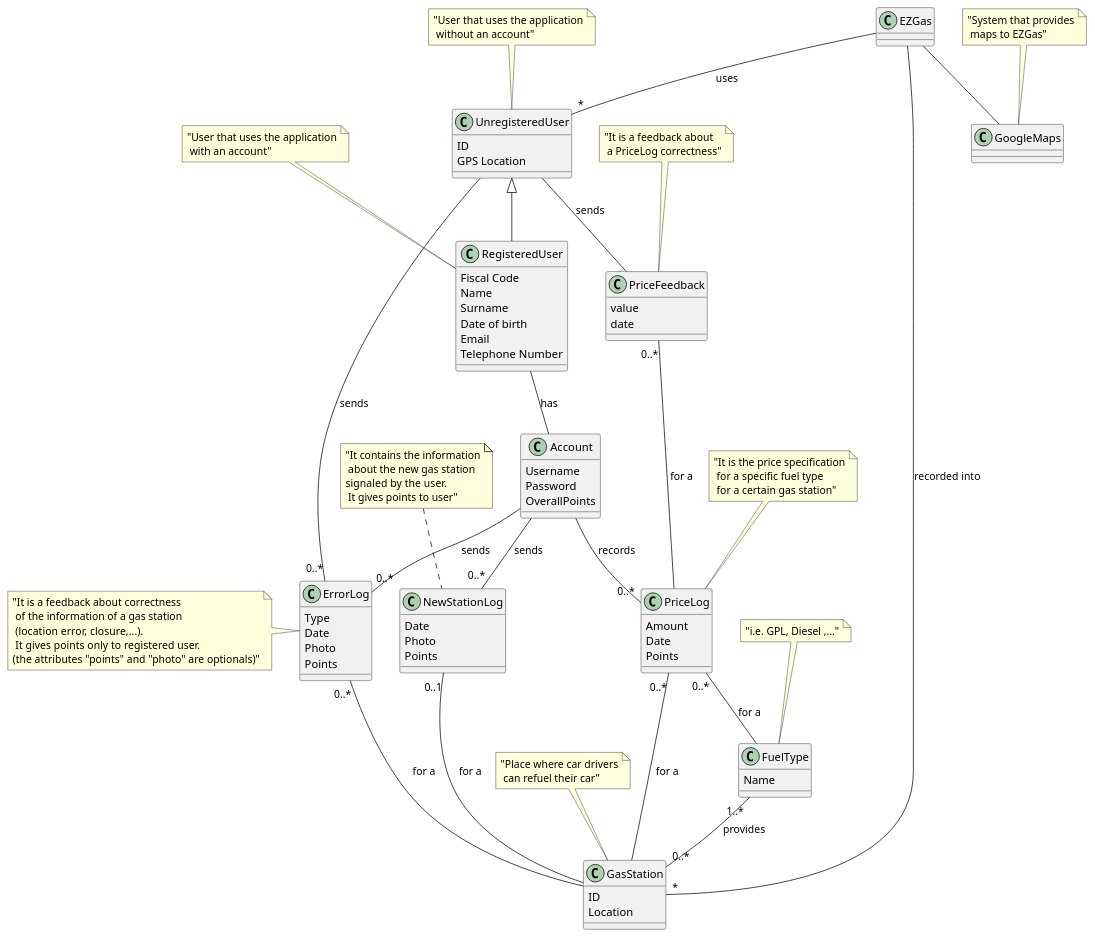
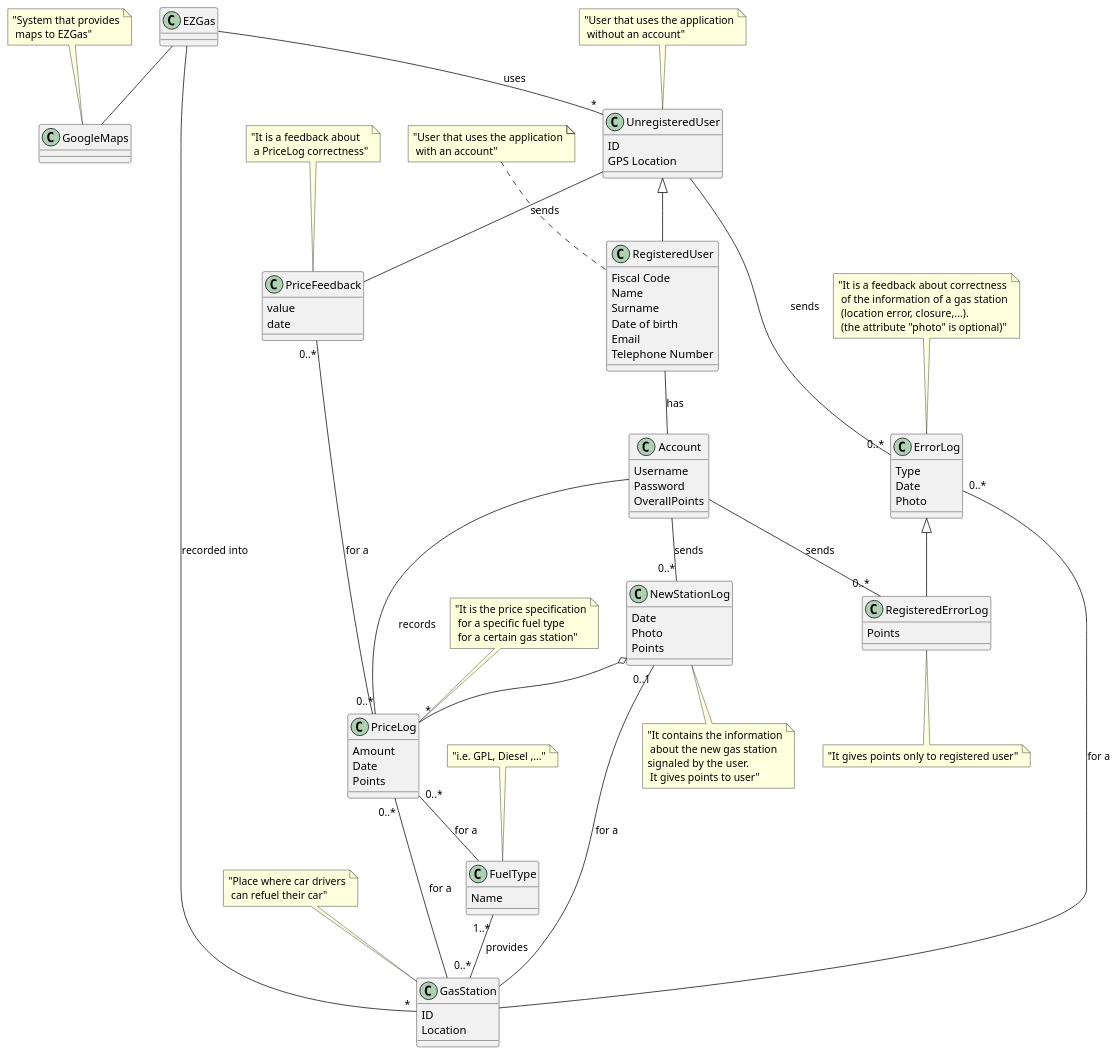
Before and after one commit to CangaRouter/ExGas: the third of 5 diagrams in docs/RequirementsDocument.md, drawn with PlantUML.

Commit message:
docs: fix Glossary

```diff
--- a/docs/RequirementsDocument.md
+++ b/docs/RequirementsDocument.md
@@ -564,16 +564,18 @@
 Type
 Date
 Photo
+}
+note top of ErrorLog : "It is a feedback about correctness\n of the information of a gas station\n (location error, closure,...).\n (the attribute "photo" is optional)"
+Class RegisteredErrorLog{
 Points
 }
-note left of ErrorLog : "It is a feedback about correctness\n of the information of a gas station\n (location error, closure,...).\n It gives points only to registered user.\n(the attributes "points" and "photo" are optionals)"
-
+note bottom of RegisteredErrorLog: "It gives points only to registered user"
 Class NewStationLog{
 Date
 Photo
 Points
 }
-note top of NewStationLog : "It contains the information\n about the new gas station \nsignaled by the user.\n It gives points to user"
+note bottom of NewStationLog : "It contains the information\n about the new gas station \nsignaled by the user.\n It gives points to user"
 EZGas -- GoogleMaps
 EZGas -- "*" UnregisteredUser : uses
 EZGas -- "*" GasStation : recorded into
@@ -584,13 +586,13 @@
 PriceLog "0..*" -- GasStation : for a
 FuelType "1..*" --  "0..*" GasStation : provides
 
-Account -- "0..*" ErrorLog : sends
+Account -- "0..*" RegisteredErrorLog : sends
 UnregisteredUser -- "0..*" ErrorLog : sends
 ErrorLog "0..*" -- GasStation : for a
-
+ErrorLog <|-- RegisteredErrorLog
 Account -- "0..*" NewStationLog : sends
 NewStationLog "0..1" -- GasStation : for a
-
+NewStationLog o-- "*" PriceLog
 UnregisteredUser --  PriceFeedback : sends
 PriceFeedback "0..*"-- PriceLog : for a
 @enduml
```
